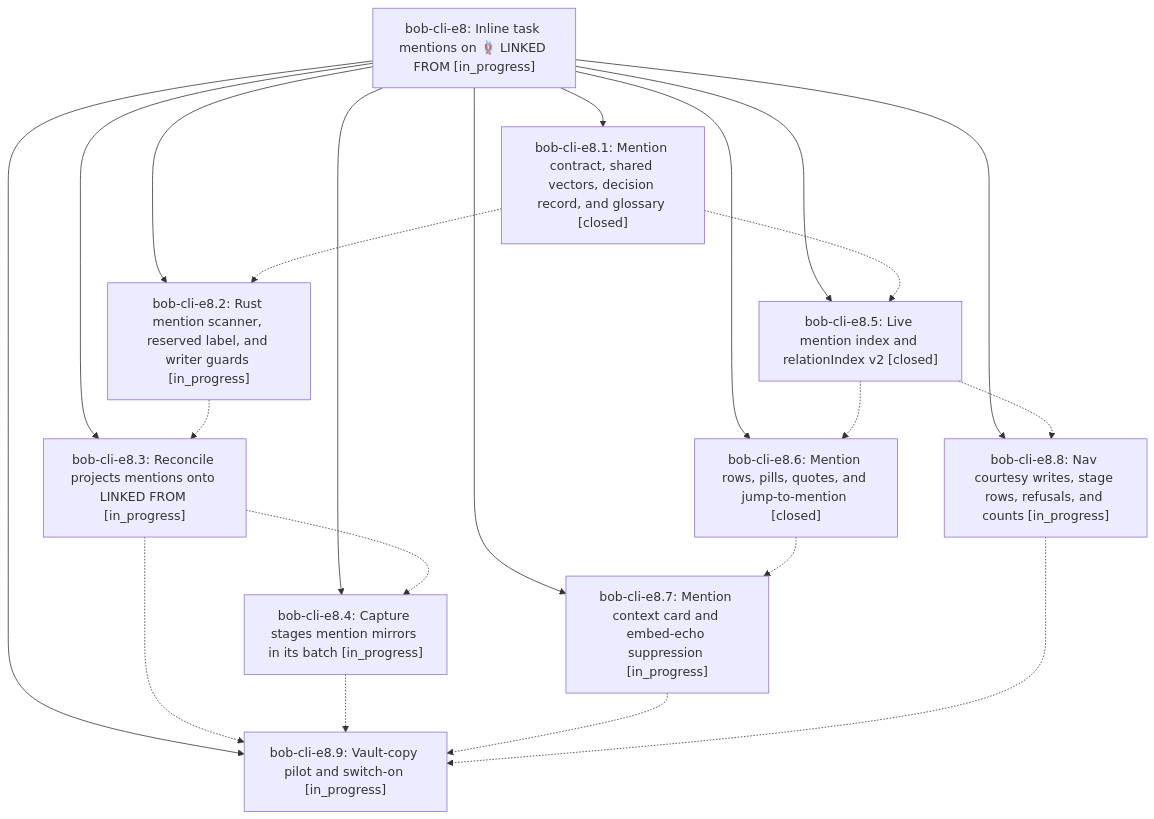
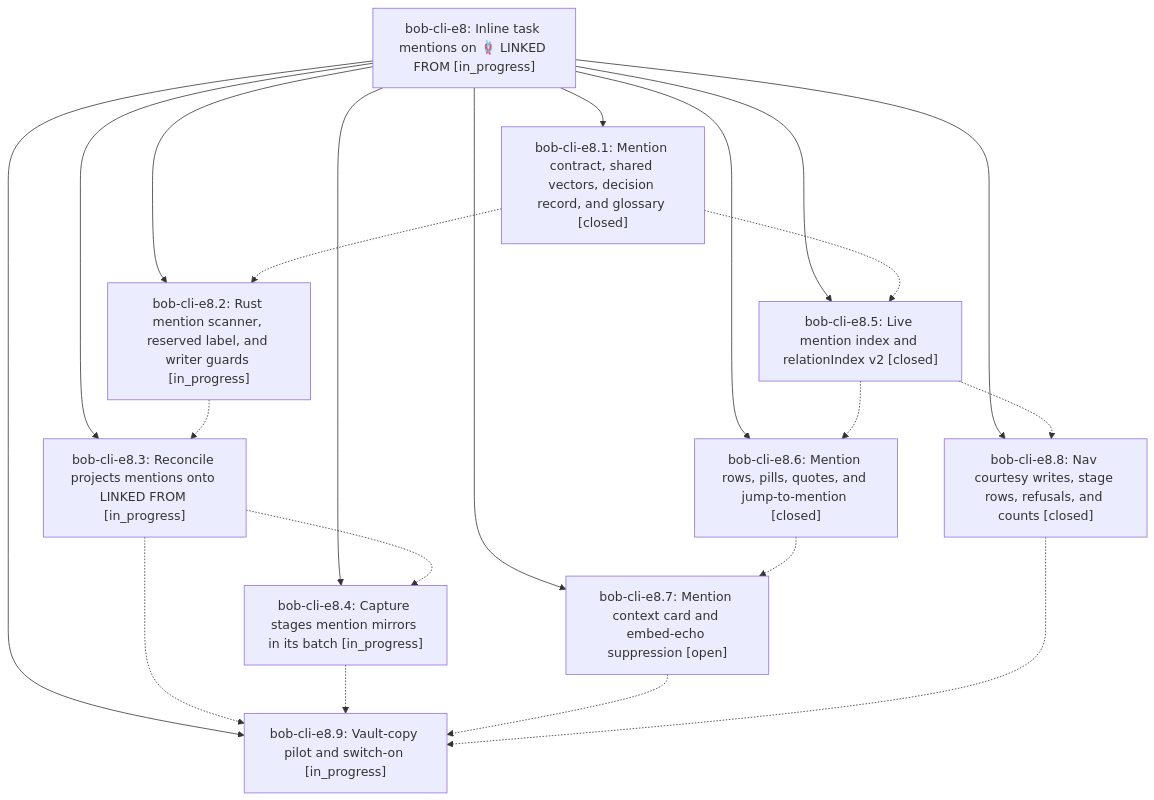
The diagram in pages/bob-cli-e8/README.md (bobs-org/bob-cli--beads), drawn with Mermaid before and after one commit. The commit also changed other lines of this file and 5 other files, not shown here.

First line of the commit message:
chore(beads): sync bead state and pages for bob-cli-e8

````diff
--- a/pages/bob-cli-e8/README.md
+++ b/pages/bob-cli-e8/README.md
@@ -44,33 +44,33 @@
 ```mermaid
 flowchart TD
     n0["bob-cli-e8: Inline task mentions on 🪢 LINKED FROM [in_progress]"]
     n1["bob-cli-e8.1: Mention contract, shared vectors, decision record, and glossary [closed]"]
     n2["bob-cli-e8.2: Rust mention scanner, reserved label, and writer guards [in_progress]"]
     n3["bob-cli-e8.3: Reconcile projects mentions onto LINKED FROM [in_progress]"]
     n4["bob-cli-e8.4: Capture stages mention mirrors in its batch [in_progress]"]
     n5["bob-cli-e8.5: Live mention index and relationIndex v2 [closed]"]
     n6["bob-cli-e8.6: Mention rows, pills, quotes, and jump-to-mention [closed]"]
-    n7["bob-cli-e8.7: Mention context card and embed-echo suppression [in_progress]"]
-    n8["bob-cli-e8.8: Nav courtesy writes, stage rows, refusals, and counts [in_progress]"]
+    n7["bob-cli-e8.7: Mention context card and embed-echo suppression [open]"]
+    n8["bob-cli-e8.8: Nav courtesy writes, stage rows, refusals, and counts [closed]"]
     n9["bob-cli-e8.9: Vault-copy pilot and switch-on [in_progress]"]
     n0 --> n1
     n0 --> n2
     n0 --> n3
     n0 --> n4
     n0 --> n5
     n0 --> n6
     n0 --> n7
     n0 --> n8
     n0 --> n9
     n1 -.-> n2
     n1 -.-> n5
     n2 -.-> n3
     n3 -.-> n4
     n3 -.-> n9
     n4 -.-> n9
     n5 -.-> n6
     n5 -.-> n8
     n6 -.-> n7
     n7 -.-> n9
     n8 -.-> n9
 ```
````
